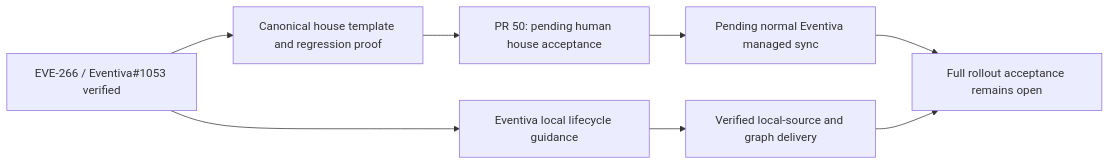
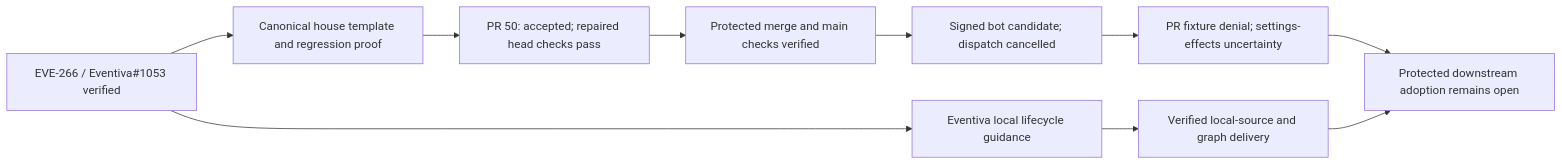
Diagram 21 of 56 in docs/planning/timeline.md (Resnovas/Eventiva), drawn with Mermaid before and after one commit. The commit also changed other lines of this file and 5 other files, not shown here.

First line of the commit message:
docs(governance): record accepted traceability rollout and delivery blockers (#1089)

````diff
--- a/docs/planning/timeline.md
+++ b/docs/planning/timeline.md
@@ -649,10 +657,12 @@
 ```mermaid
 flowchart LR
     Mapping["EVE-266 / Eventiva#1053 verified"] --> Local["Eventiva local lifecycle guidance"]
     Mapping --> House["Canonical house template and regression proof"]
-    House --> Review["PR 50: pending human house acceptance"]
-    Review --> Sync["Pending normal Eventiva managed sync"]
+    House --> Review["PR 50: accepted; repaired head checks pass"]
+    Review --> Queue["Protected merge and main checks verified"]
+    Queue --> Sync["Signed bot candidate; dispatch cancelled"]
     Local --> Verify["Verified local-source and graph delivery"]
-    Sync --> Acceptance["Full rollout acceptance remains open"]
+    Sync --> Blocker["PR fixture denial; settings-effects uncertainty"]
+    Blocker --> Acceptance["Protected downstream adoption remains open"]
     Verify --> Acceptance
 ```
````
